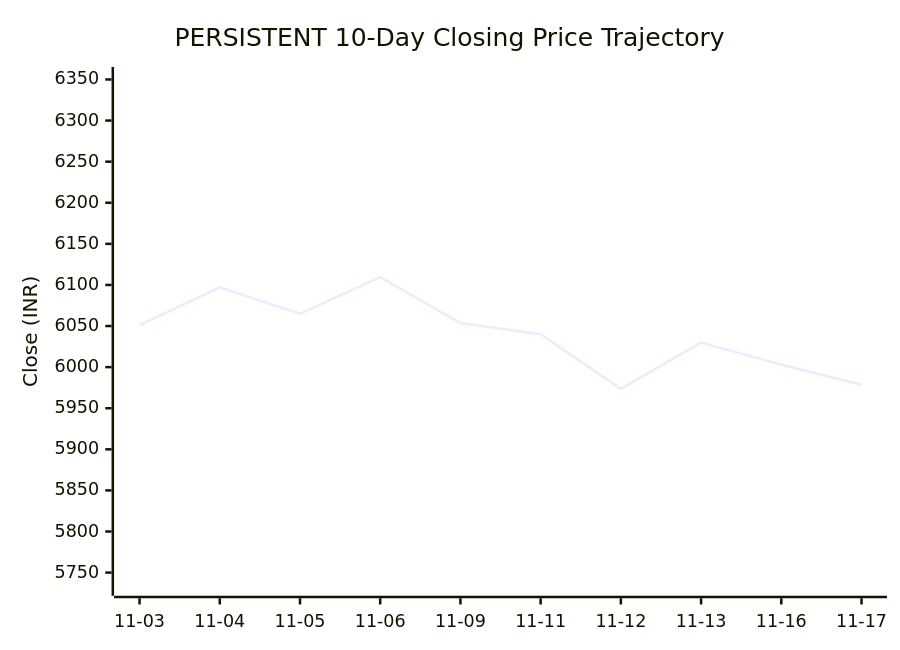
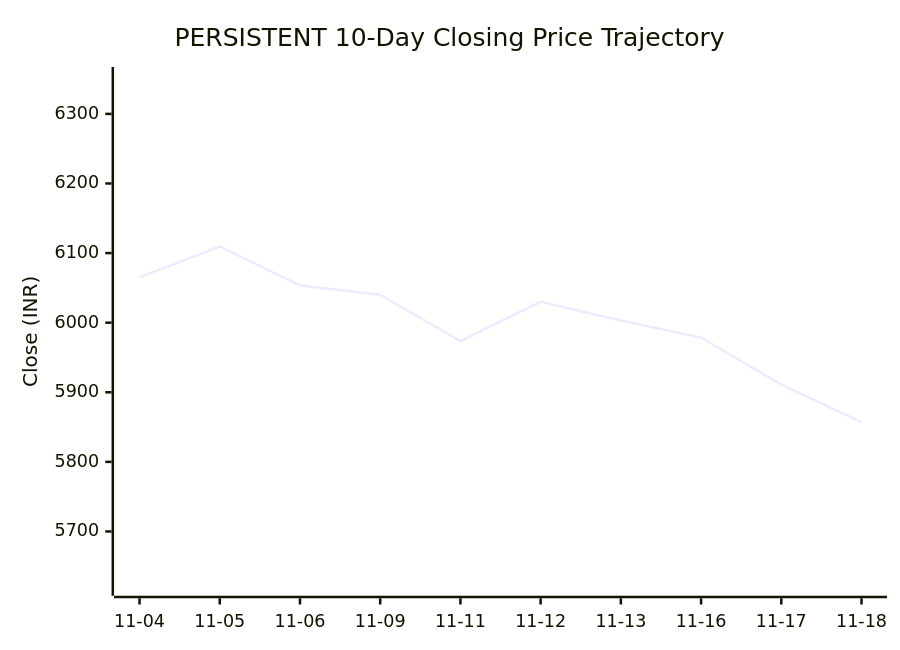
One commit to purnareddy9/dev changed the second of 3 diagrams in market-intelligence/stocks/PERSISTENT/README.md. Above: the diagram before and after it, drawn with Mermaid. The commit also changed other lines of this file and 4 other files, not shown here.

````diff
--- a/market-intelligence/stocks/PERSISTENT/README.md
+++ b/market-intelligence/stocks/PERSISTENT/README.md
@@ -95,7 +95,7 @@
 ```mermaid
 xychart-beta
     title "PERSISTENT 10-Day Closing Price Trajectory"
-    x-axis ["11-03", "11-04", "11-05", "11-06", "11-09", "11-11", "11-12", "11-13", "11-16", "11-17"]
-    y-axis "Close (INR)" 5734 --> 6353
-    line [6051.0, 6097.0, 6065.0, 6109.5, 6053.5, 6040.0, 5973.5, 6030.0, 6003.0, 5978.5]
+    x-axis ["11-04", "11-05", "11-06", "11-09", "11-11", "11-12", "11-13", "11-16", "11-17", "11-18"]
+    y-axis "Close (INR)" 5622 --> 6353
+    line [6065.0, 6109.5, 6053.5, 6040.0, 5973.5, 6030.0, 6003.0, 5978.5, 5911.0, 5857.0]
 ```
````
